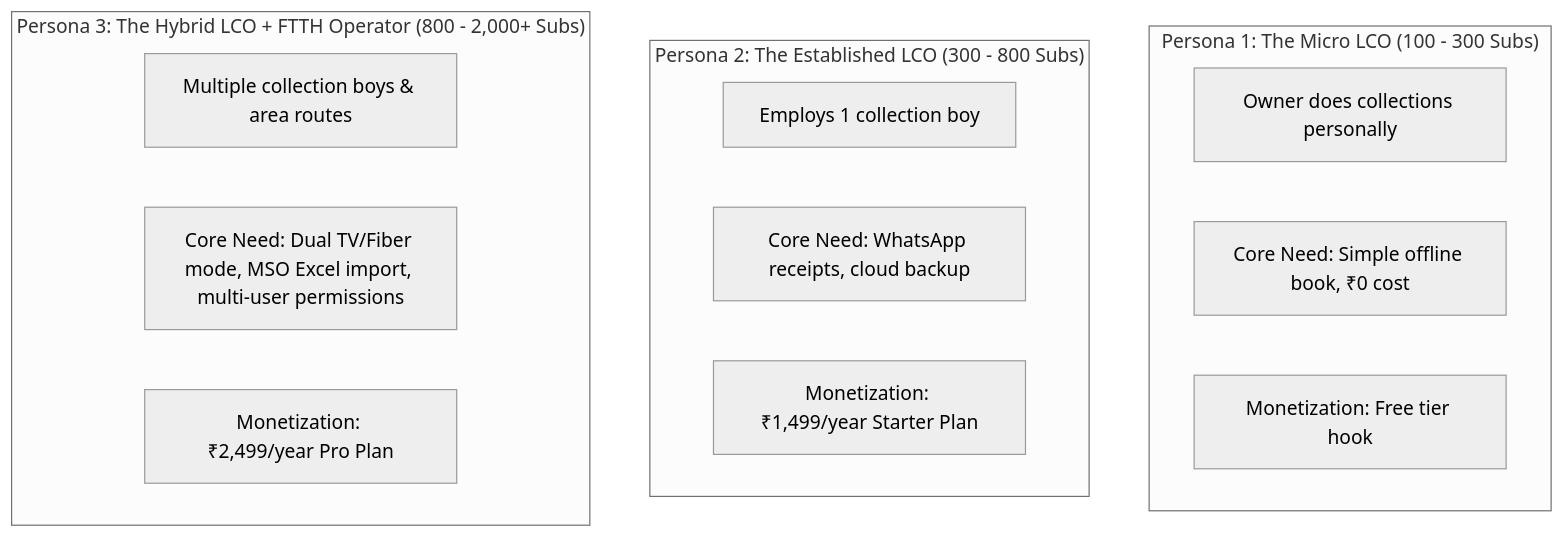
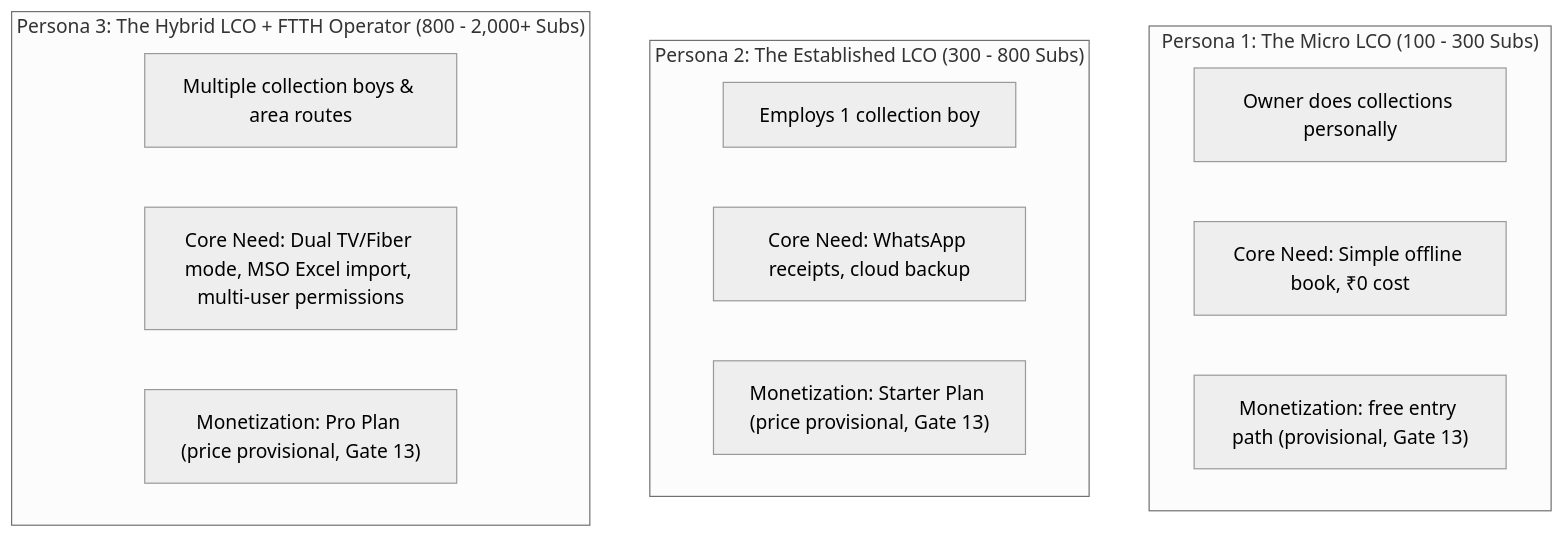
One commit to g2m7/collection_book changed the diagram in docs/02-customer-research-and-icp.md. Above: the diagram before and after it, drawn with Mermaid (neutral theme). The commit also changed other lines of this file and 21 other files, not shown here.

````diff
--- a/docs/02-customer-research-and-icp.md
+++ b/docs/02-customer-research-and-icp.md
@@ -78,20 +84,20 @@
 ```mermaid
 flowchart TD
     subgraph P1["Persona 1: The Micro LCO (100 - 300 Subs)"]
         A1["Owner does collections personally"]
         A2["Core Need: Simple offline book, ₹0 cost"]
-        A3["Monetization: Free tier hook"]
+        A3["Monetization: free entry path (provisional, Gate 13)"]
     end
 
     subgraph P2["Persona 2: The Established LCO (300 - 800 Subs)"]
         B1["Employs 1 collection boy"]
         B2["Core Need: WhatsApp receipts, cloud backup"]
-        B3["Monetization: ₹1,499/year Starter Plan"]
+        B3["Monetization: Starter Plan (price provisional, Gate 13)"]
     end
 
     subgraph P3["Persona 3: The Hybrid LCO + FTTH Operator (800 - 2,000+ Subs)"]
         C1["Multiple collection boys & area routes"]
         C2["Core Need: Dual TV/Fiber mode, MSO Excel import, multi-user permissions"]
-        C3["Monetization: ₹2,499/year Pro Plan"]
+        C3["Monetization: Pro Plan (price provisional, Gate 13)"]
     end
 ```
````
